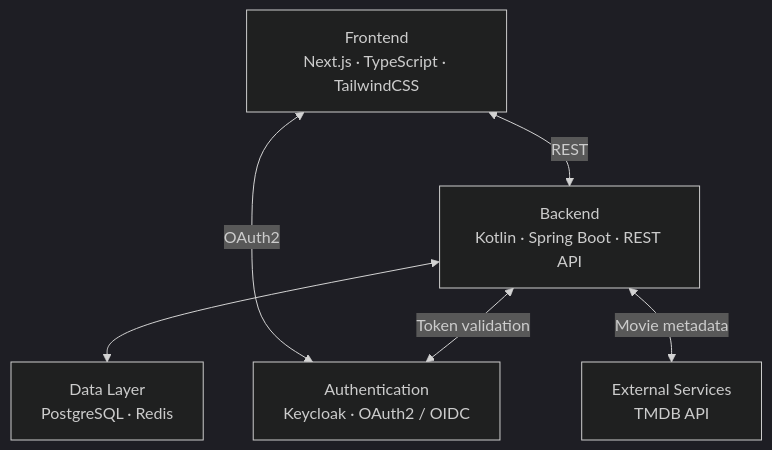
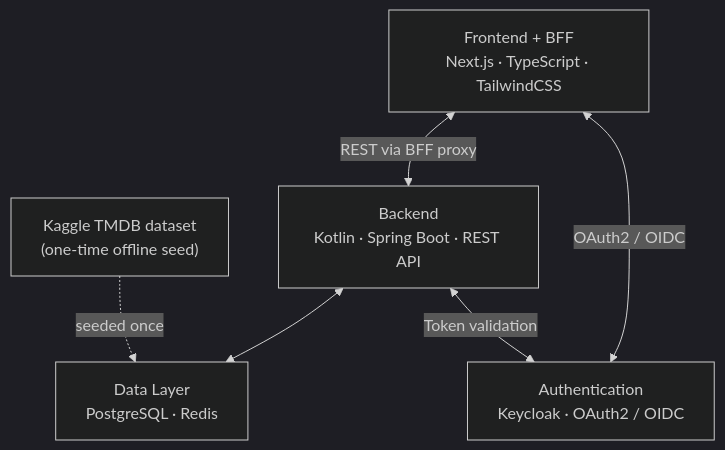
Before and after one commit to P-py/watchToNext: the second of 2 diagrams in docs/project-overview.md, drawn with Mermaid (dark theme). The commit also changed other lines of this file and 4 other files, not shown here.

````diff
--- a/docs/project-overview.md
+++ b/docs/project-overview.md
@@ -39,14 +39,14 @@
 ```mermaid
 graph TD
-  Frontend["Frontend\nNext.js · TypeScript · TailwindCSS"]
+  Frontend["Frontend + BFF\nNext.js · TypeScript · TailwindCSS"]
   Backend["Backend\nKotlin · Spring Boot · REST API"]
   Data["Data Layer\nPostgreSQL · Redis"]
   Auth["Authentication\nKeycloak · OAuth2 / OIDC"]
-  External["External Services\nTMDB API"]
+  Seed["Kaggle TMDB dataset\n(one-time offline seed)"]
 
-  Frontend <-->|REST| Backend
+  Frontend <-->|REST via BFF proxy| Backend
   Backend <--> Data
-  Frontend <-->|OAuth2| Auth
+  Frontend <-->|OAuth2 / OIDC| Auth
   Backend <-->|Token validation| Auth
-  Backend <-->|Movie metadata| External
+  Seed -.->|seeded once| Data
 ```
````
